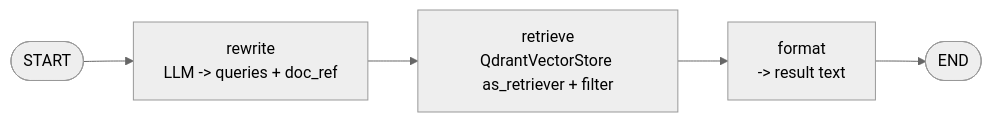
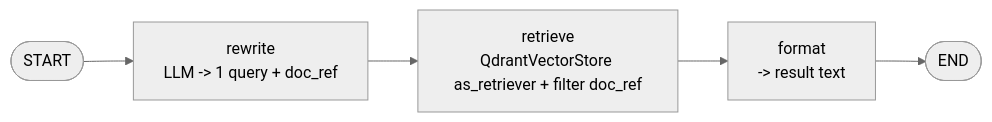
The third of 3 diagrams in docs/agents/main_agent_rag.md (mquangdo/AI-System-for-Supporting-Parliamentary-Petition-Work), drawn with Mermaid (neutral theme) before and after one commit. The commit also changed other lines of this file and 2 other files, not shown here.

````diff
--- a/docs/agents/main_agent_rag.md
+++ b/docs/agents/main_agent_rag.md
@@ -70,7 +78,7 @@
 ```mermaid
 flowchart LR
-    START([START]) --> RW[rewrite<br>LLM -> queries + doc_ref]
-    RW --> RET[retrieve<br>QdrantVectorStore as_retriever + filter]
+    START([START]) --> RW[rewrite<br>LLM -> 1 query + doc_ref]
+    RW --> RET[retrieve<br>QdrantVectorStore as_retriever + filter doc_ref]
     RET --> FMT[format<br>-> result text]
     FMT --> ENDR([END])
 ```
````
